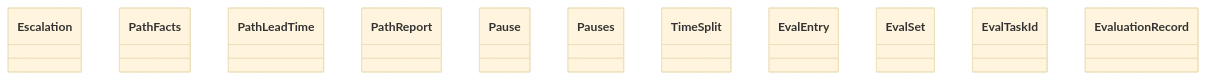
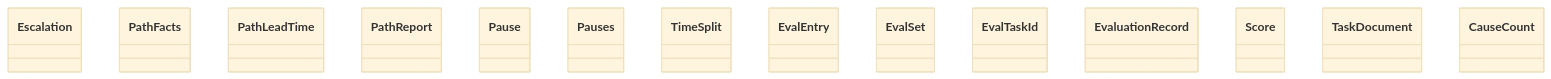
The diagram in docs/architecture/generated/classes-measurement-domain-scorecard-1.md (GonzaloZevallos/agentic-system), drawn with Mermaid (base theme) before and after one commit. The commit also changed 7 other files, not shown here.

````diff
--- a/docs/architecture/generated/classes-measurement-domain-scorecard-1.md
+++ b/docs/architecture/generated/classes-measurement-domain-scorecard-1.md
@@ -10,14 +10,17 @@
 ```mermaid
 classDiagram
     class cycle__Escalation["Escalation"]
     class cycle__PathFacts["PathFacts"]
     class cycle__PathLeadTime["PathLeadTime"]
     class cycle__PathReport["PathReport"]
     class cycle__Pause["Pause"]
     class cycle__Pauses["Pauses"]
     class cycle__TimeSplit["TimeSplit"]
     class evaluation__EvalEntry["EvalEntry"]
     class evaluation__EvalSet["EvalSet"]
     class evaluation__EvalTaskId["EvalTaskId"]
     class evaluation__EvaluationRecord["EvaluationRecord"]
+    class evaluation__Score["Score"]
+    class evaluation__TaskDocument["TaskDocument"]
+    class scorecard__CauseCount["CauseCount"]
 ```
````
